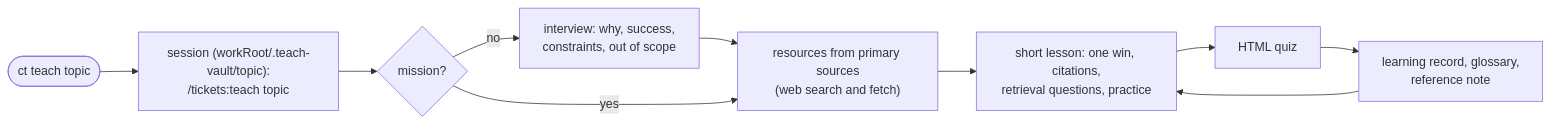
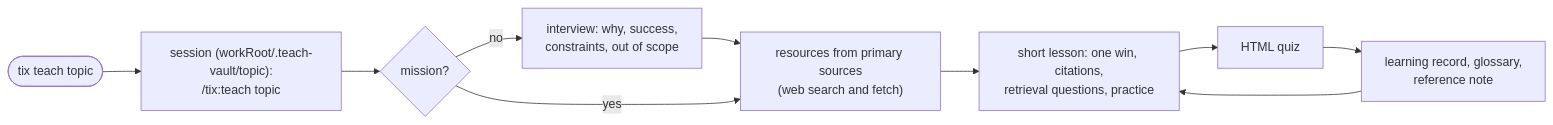
Before and after one commit to zero4573/claude-tickets: the sixth of 6 diagrams in README.md, drawn with Mermaid. The commit also changed other lines of this file and 361 other files, not shown here.

First line of the commit message:
feat!: rename claude-tickets to tix and run sessions on kiro too

````diff
--- a/README.md
+++ b/README.md
@@ -680,9 +727,9 @@
 ```mermaid
 flowchart LR
-  t(["ct teach topic"]) --> s["session (workRoot/.teach-vault/topic):<br/>/tickets:teach topic"]
+  t(["tix teach topic"]) --> s["session (workRoot/.teach-vault/topic):<br/>/tix:teach topic"]
   s --> m{mission?}
   m -- no --> int["interview: why, success,<br/>constraints, out of scope"] --> res
   m -- yes --> res["resources from primary sources<br/>(web search and fetch)"]
   res --> l["short lesson: one win, citations,<br/>retrieval questions, practice"]
   l --> q[HTML quiz] --> r["learning record, glossary,<br/>reference note"] --> l
 ```
````
